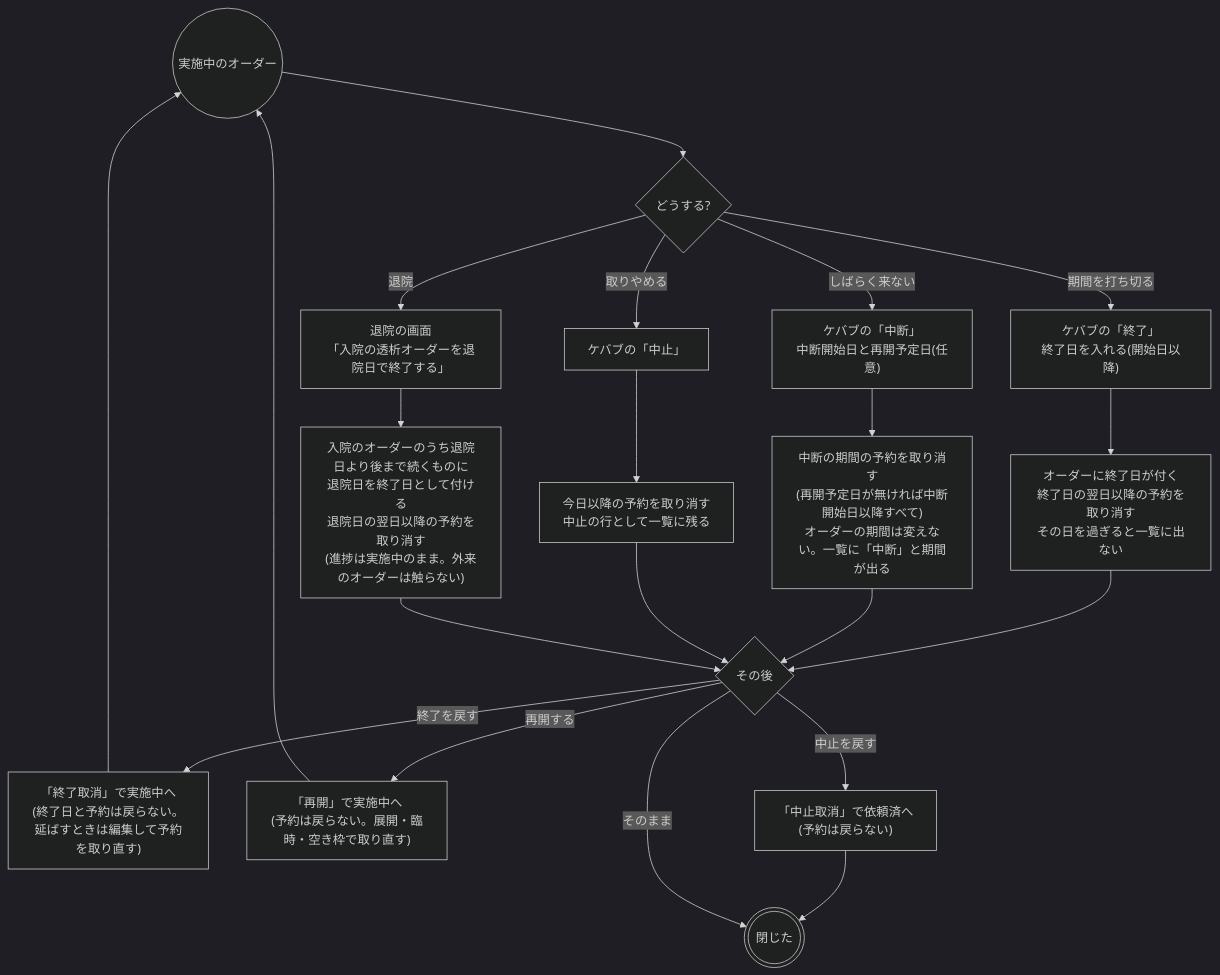
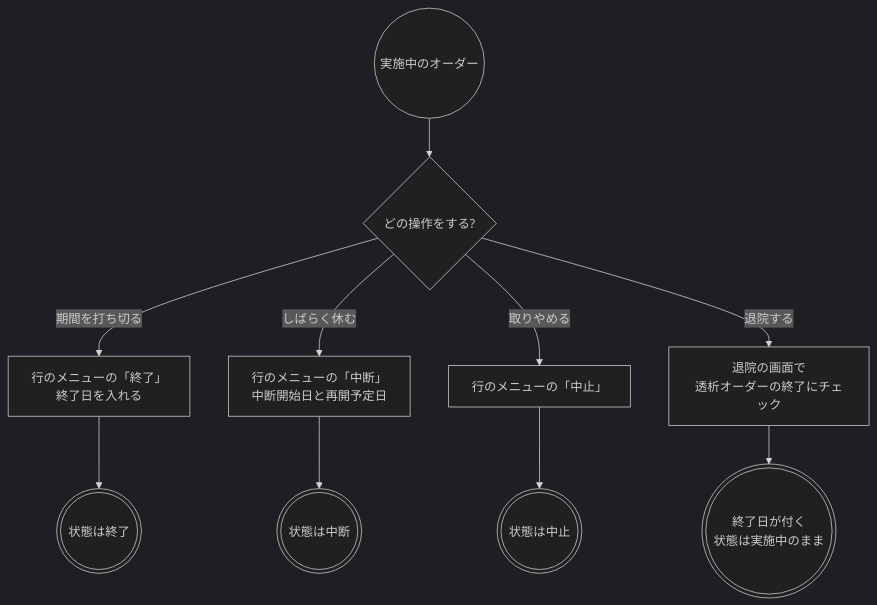
One commit to ysnr-dev/fhir-client-docs changed the fifth of 5 diagrams in docs/flows/dialysis.md. Above: the diagram before and after it, drawn with Mermaid (dark theme). The commit also changed other lines of this file and 43 other files, not shown here.

Commit message:
docs: 業務フローとシーケンス図を写し直し

````diff
--- a/docs/flows/dialysis.md
+++ b/docs/flows/dialysis.md
@@ -259,28 +409,19 @@
 ```mermaid
 flowchart TD
   course(("実施中のオーダー"))
-  what{"どうする?"}
-  complete["ケバブの「終了」<br/>終了日を入れる(開始日以降)"]
-  hold["ケバブの「中断」<br/>中断開始日と再開予定日(任意)"]
-  cancel["ケバブの「中止」"]
-  discharge["退院の画面<br/>「入院の透析オーダーを退院日で終了する」"]
-  ended["オーダーに終了日が付く<br/>終了日の翌日以降の予約を取り消す<br/>その日を過ぎると一覧に出ない"]
-  held["中断の期間の予約を取り消す<br/>(再開予定日が無ければ中断開始日以降すべて)<br/>オーダーの期間は変えない。一覧に「中断」と期間が出る"]
-  revoked["今日以降の予約を取り消す<br/>中止の行として一覧に残る"]
-  dischargeEnd["入院のオーダーのうち退院日より後まで続くものに<br/>退院日を終了日として付ける<br/>退院日の翌日以降の予約を取り消す<br/>(進捗は実施中のまま。外来のオーダーは触らない)"]
-  undo{"その後"}
-  restore["「終了取消」で実施中へ<br/>(終了日と予約は戻らない。<br/>延ばすときは編集して予約を取り直す)"]
-  resume["「再開」で実施中へ<br/>(予約は戻らない。展開・臨時・空き枠で取り直す)"]
-  restore2["「中止取消」で依頼済へ<br/>(予約は戻らない)"]
-  done((("閉じた")))
+  what{"どの操作をする?"}
+  complete["行のメニューの「終了」<br/>終了日を入れる"]
+  hold["行のメニューの「中断」<br/>中断開始日と再開予定日"]
+  cancel["行のメニューの「中止」"]
+  discharge["退院の画面で<br/>透析オーダーの終了にチェック"]
+  ended((("状態は終了")))
+  held((("状態は中断")))
+  revoked((("状態は中止")))
+  dischargeEnd((("終了日が付く<br/>状態は実施中のまま")))
 
   course --> what
-  what -- "期間を打ち切る" --> complete --> ended --> undo
-  what -- "しばらく来ない" --> hold --> held --> undo
-  what -- "取りやめる" --> cancel --> revoked --> undo
-  what -- "退院" --> discharge --> dischargeEnd --> undo
-  undo -- "終了を戻す" --> restore --> course
-  undo -- "再開する" --> resume --> course
-  undo -- "中止を戻す" --> restore2 --> done
-  undo -- "そのまま" --> done
+  what -- "期間を打ち切る" --> complete --> ended
+  what -- "しばらく休む" --> hold --> held
+  what -- "取りやめる" --> cancel --> revoked
+  what -- "退院する" --> discharge --> dischargeEnd
 ```
````
